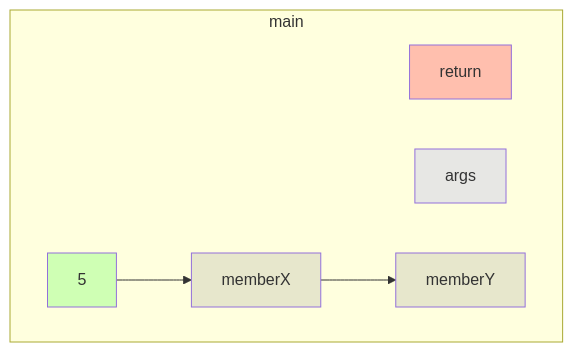
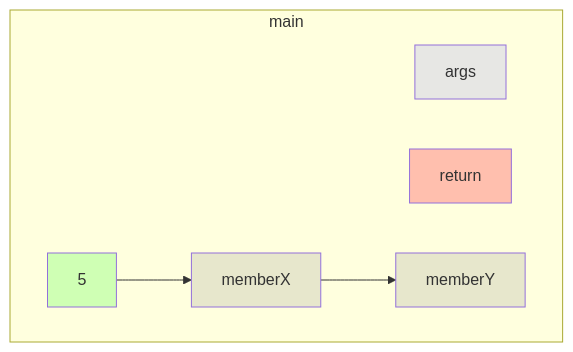
The diagram in app/src/test/resources/files/truth.md (gstiebler/codeflow), drawn with Mermaid before and after one commit. The commit also changed 3 other files, not shown here.

````diff
--- a/app/src/test/resources/files/truth.md
+++ b/app/src/test/resources/files/truth.md
@@ -1,17 +1,17 @@
 ```mermaid
 flowchart TD
   subgraph main
-    194344622[return]:::RETURN
-    194344646[args]:::FUNC_PARAM
-    194344737[memberX]:::VARIABLE
-    194344749[5]:::LITERAL
-    194344760[memberY]:::VARIABLE
-    194344737[memberX]:::VARIABLE --> 194344760[memberY]:::VARIABLE
-    194344749[5]:::LITERAL --> 194344737[memberX]:::VARIABLE
+    -1044679101[memberX]:::VARIABLE
+    13678[args]:::FUNC_PARAM
+    890261[return]:::RETURN
+    983796[5]:::LITERAL
+    1861021189[memberY]:::VARIABLE
+    -1044679101[memberX]:::VARIABLE --> 1861021189[memberY]:::VARIABLE
+    983796[5]:::LITERAL --> -1044679101[memberX]:::VARIABLE
   end
   classDef LITERAL fill:#00FF0030
   classDef VARIABLE fill:#80808030
   classDef BIN_OP fill:#80808080
   classDef FUNC_PARAM fill:#8080FF30
   classDef RETURN fill:#FF808080
 ```
````
